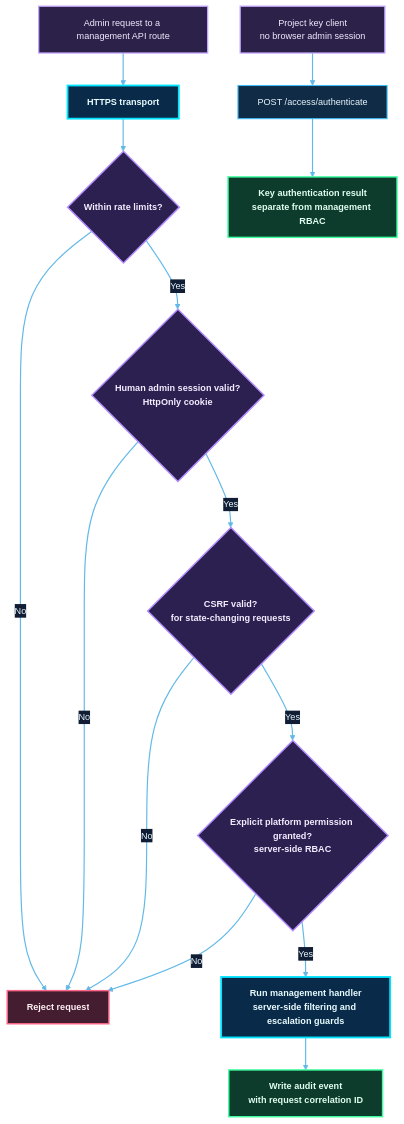
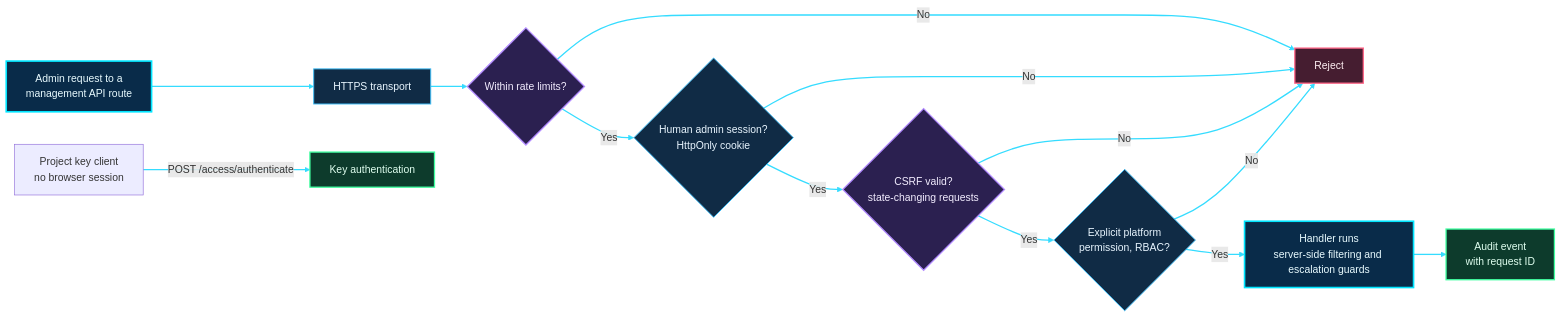
One commit to shajeduzzamanenan992008inc/NexOra-Database-key-Gen changed diagram 17 of 23 in README.md. Above: the diagram before and after it, drawn with Mermaid. The commit also changed other lines of this file, not shown here.

````diff
--- a/README.md
+++ b/README.md
@@ -1442,37 +1364,33 @@
 ```mermaid
-%%{init: {"theme":"base","themeVariables":{"darkMode":true,"background":"#07111f","primaryColor":"#102744","primaryTextColor":"#e8f7ff","primaryBorderColor":"#00d9ff","lineColor":"#62b9e8","secondaryColor":"#261d45","secondaryTextColor":"#f3eaff","secondaryBorderColor":"#a78bfa","tertiaryColor":"#12332b","tertiaryTextColor":"#e0fff1","tertiaryBorderColor":"#41e6a2","fontFamily":"Inter, Segoe UI, sans-serif","fontSize":"14px","edgeLabelBackground":"#101d34","mainBkg":"#102744","nodeBorder":"#00d9ff","clusterBkg":"#0b1930","clusterBorder":"#6f7dff","actorBkg":"#102744","actorBorder":"#00d9ff","actorTextColor":"#e8f7ff","signalColor":"#64d8ff","signalTextColor":"#e8f7ff","noteBkgColor":"#0e332b","noteBorderColor":"#41e6a2","noteTextColor":"#e0fff1"}}}%%
-flowchart TB
-    ADMIN["Admin request to a management API route"] --> HTTPS["HTTPS transport"]
-    HTTPS --> RATE{"Within rate limits?"}
-    RATE -->|No| REJECT["Reject request"]
-    RATE -->|Yes| SESSION{"Human admin session valid?<br/>HttpOnly cookie"}
-    SESSION -->|No| REJECT
-    SESSION -->|Yes| CSRF{"CSRF valid?<br/>for state-changing requests"}
-    CSRF -->|No| REJECT
-    CSRF -->|Yes| PERM{"Explicit platform permission granted?<br/>server-side RBAC"}
-    PERM -->|No| REJECT
-    PERM -->|Yes| HANDLER["Run management handler<br/>server-side filtering and escalation guards"]
-    HANDLER --> AUDIT["Write audit event<br/>with request correlation ID"]
+flowchart LR
+    R["Admin request to a<br/>management API route"] --> T["HTTPS transport"]
+    T --> L{"Within rate limits?"}
+    L -->|No| X["Reject"]
+    L -->|Yes| S{"Human admin session?<br/>HttpOnly cookie"}
+    S -->|No| X
+    S -->|Yes| C{"CSRF valid?<br/>state-changing requests"}
+    C -->|No| X
+    C -->|Yes| P{"Explicit platform<br/>permission, RBAC?"}
+    P -->|No| X
+    P -->|Yes| H["Handler runs<br/>server-side filtering and escalation guards"]
+    H --> A["Audit event<br/>with request ID"]
+    K["Project key client<br/>no browser session"] -->|"POST /access/authenticate"| KA["Key authentication"]
 
-    KEYCLIENT["Project key client<br/>no browser admin session"] --> KEYAUTH["POST /access/authenticate"]
-    KEYAUTH --> KEYRESULT["Key authentication result<br/>separate from management RBAC"]
-
-
-    %% OMEGA NEX-ORA · ULTRA NEON DESIGN SYSTEM
-    classDef nxCore fill:#092b49,stroke:#00e5ff,stroke-width:2.8px,color:#e9fbff,font-weight:bold;
-    classDef nxProcess fill:#102b45,stroke:#3dbcf5,stroke-width:1.7px,color:#e9f6ff;
-    classDef nxDecision fill:#2b2050,stroke:#b38cff,stroke-width:2.2px,color:#f3edff,font-weight:bold;
-    classDef nxSuccess fill:#0d3b2c,stroke:#3fffa0,stroke-width:2.2px,color:#e0fff0,font-weight:bold;
-    classDef nxDanger fill:#451d30,stroke:#ff6688,stroke-width:2.2px,color:#fff0f3,font-weight:bold;
+    %% OMEGA NEX-ORA visual classes
+    %% OMEGA NEX-ORA / ULTRA NEON PALETTE
+    classDef nxCore fill:#092b49,stroke:#00e5ff,stroke-width:2.5px,color:#e9fbff;
+    classDef nxProcess fill:#102b45,stroke:#3dbcf5,stroke-width:1.5px,color:#e9f6ff;
+    classDef nxDecision fill:#2b2050,stroke:#b38cff,stroke-width:2px,color:#f3edff;
+    classDef nxSuccess fill:#0d3b2c,stroke:#3fffa0,stroke-width:2px,color:#e0fff0;
+    classDef nxDanger fill:#451d30,stroke:#ff6688,stroke-width:2px,color:#fff0f3;
     classDef nxData fill:#12352d,stroke:#63e6be,stroke-width:2px,color:#e1fff5;
     classDef nxExternal fill:#2b2149,stroke:#c4a5ff,stroke-width:2px,color:#f3ecff;
     classDef nxInfo fill:#17253e,stroke:#91a7c9,stroke-width:1.5px,color:#e5efff;
     classDef nxWarning fill:#453116,stroke:#fbbf24,stroke-width:2px,color:#fff6d6;
-    linkStyle default stroke:#62b9e8,stroke-width:1.8px;
-    class ADMIN,KEYCLIENT nxExternal;
-    class HTTPS,HANDLER nxCore;
-    class RATE,SESSION,CSRF,PERM nxDecision;
-    class REJECT nxDanger;
-    class AUDIT,KEYRESULT nxSuccess;
-    class KEYAUTH nxProcess;
+    class R,H nxCore;
+    class T,S,P nxProcess;
+    class L,C nxDecision;
+    class X nxDanger;
+    class A,KA nxSuccess;
+    linkStyle default stroke:#35dcff,stroke-width:2px;
 ```
````
